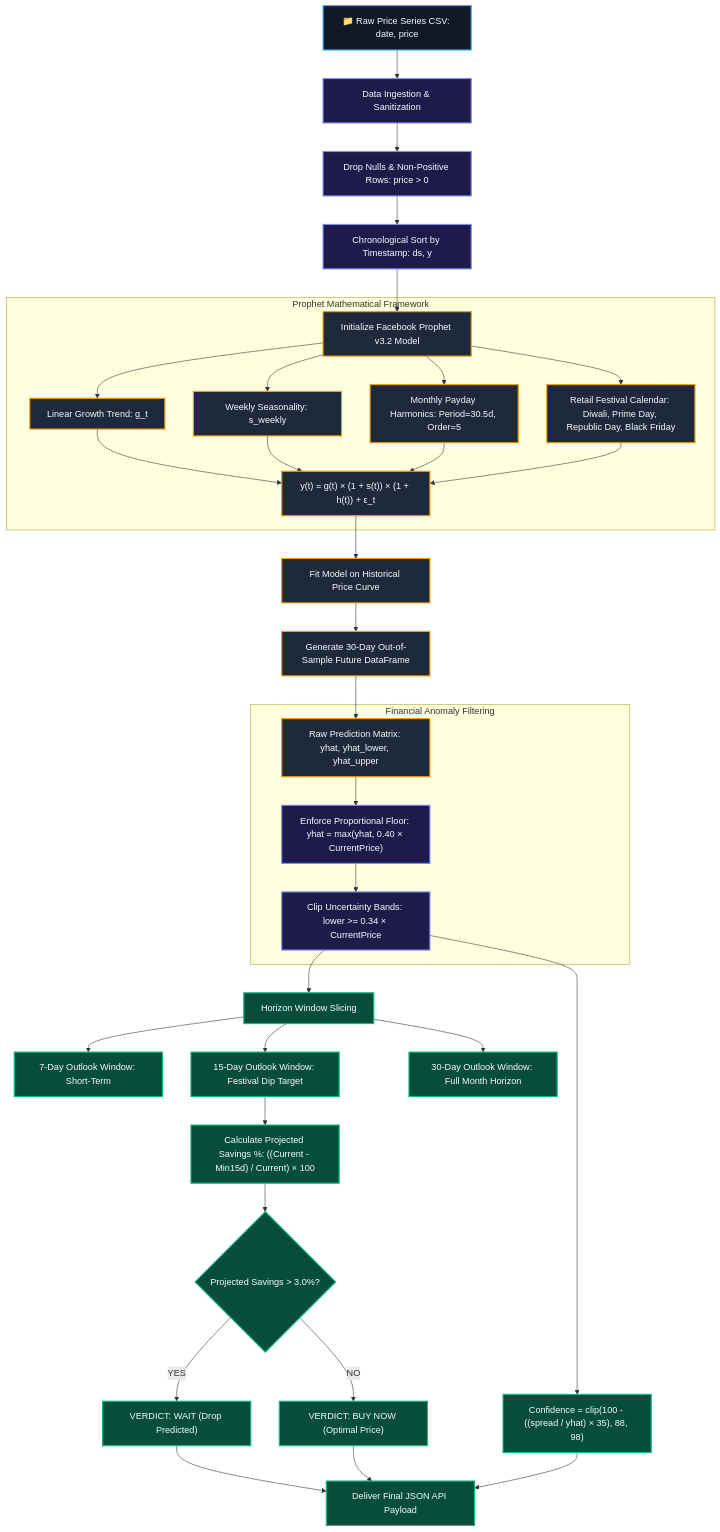
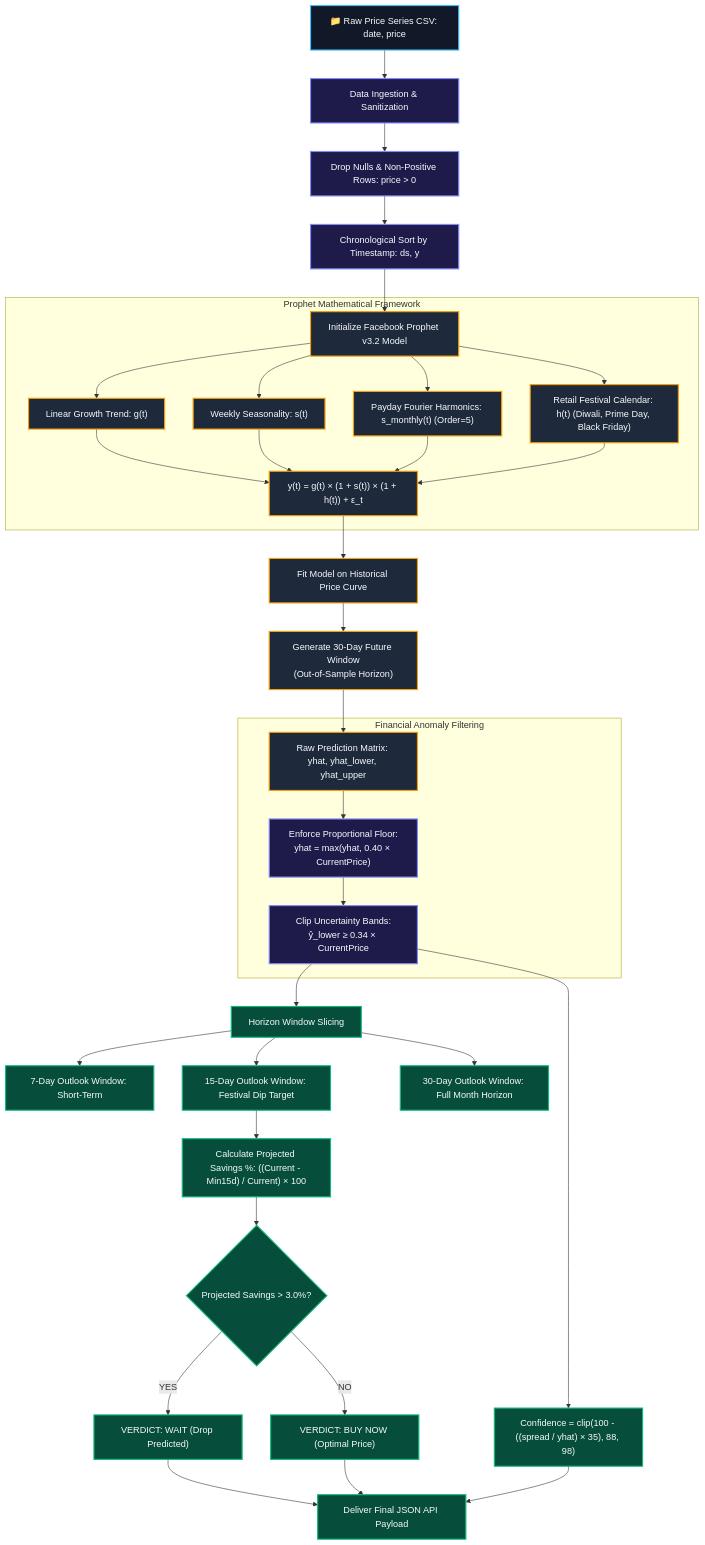
The third of 6 diagrams in README.md (satwik-chaurasiya/MINI-PROJECT), drawn with Mermaid before and after one commit. The commit also changed other lines of this file, not shown here.

````diff
--- a/README.md
+++ b/README.md
@@ -232,44 +233,44 @@
 ```mermaid
 flowchart TD
     classDef input fill:#111827,stroke:#38bdf8,stroke-width:2px,color:#f8fafc;
     classDef clean fill:#1e1b4b,stroke:#818cf8,stroke-width:2px,color:#f8fafc;
     classDef math fill:#1e293b,stroke:#f59e0b,stroke-width:2px,color:#f8fafc;
     classDef output fill:#064e3b,stroke:#10b981,stroke-width:2px,color:#f8fafc;
 
     RawCSV["📁 Raw Price Series CSV: date, price"]:::input --> Ingestion["Data Ingestion & Sanitization"]:::clean
     Ingestion --> DropNulls["Drop Nulls & Non-Positive Rows: price > 0"]:::clean
     DropNulls --> ChronoSort["Chronological Sort by Timestamp: ds, y"]:::clean
     
     ChronoSort --> ModelInit["Initialize Facebook Prophet v3.2 Model"]:::math
     
     subgraph MultiplicativeDecomposition ["Prophet Mathematical Framework"]
-        ModelInit --> Growth["Linear Growth Trend: g_t"]:::math
-        ModelInit --> WeeklySeason["Weekly Seasonality: s_weekly"]:::math
-        ModelInit --> MonthlyFourier["Monthly Payday Harmonics: Period=30.5d, Order=5"]:::math
-        ModelInit --> HolidayCalendar["Retail Festival Calendar: Diwali, Prime Day, Republic Day, Black Friday"]:::math
+        ModelInit --> Growth["Linear Growth Trend: g(t)"]:::math
+        ModelInit --> WeeklySeason["Weekly Seasonality: s(t)"]:::math
+        ModelInit --> MonthlyFourier["Payday Fourier Harmonics: s_monthly(t) (Order=5)"]:::math
+        ModelInit --> HolidayCalendar["Retail Festival Calendar: h(t) (Diwali, Prime Day, Black Friday)"]:::math
         
         Growth & WeeklySeason & MonthlyFourier & HolidayCalendar --> Equation["y(t) = g(t) × (1 + s(t)) × (1 + h(t)) + ε_t"]:::math
     end
 
     Equation --> Fitting["Fit Model on Historical Price Curve"]:::math
-    Fitting --> MakeFuture["Generate 30-Day Out-of-Sample Future DataFrame"]:::math
+    Fitting --> MakeFuture["Generate 30-Day Future Window<br/>(Out-of-Sample Horizon)"]:::math
     MakeFuture --> RawForecast["Raw Prediction Matrix: yhat, yhat_lower, yhat_upper"]:::math
     
     subgraph HygieneGuardrails ["Financial Anomaly Filtering"]
-        RawForecast --> FloorClip["Enforce Proportional Floor: yhat = max(yhat, 0.40 × CurrentPrice)"]:::clean
-        FloorClip --> IntervalClip["Clip Uncertainty Bands: lower >= 0.34 × CurrentPrice"]:::clean
+        RawForecast --> FloorClip["Enforce Proportional Floor:<br/>yhat = max(yhat, 0.40 × CurrentPrice)"]:::clean
+        FloorClip --> IntervalClip["Clip Uncertainty Bands:<br/>ŷ_lower ≥ 0.34 × CurrentPrice"]:::clean
     end
 
     IntervalClip --> HorizonExtraction["Horizon Window Slicing"]:::output
     HorizonExtraction --> Slice7["7-Day Outlook Window: Short-Term"]:::output
     HorizonExtraction --> Slice15["15-Day Outlook Window: Festival Dip Target"]:::output
     HorizonExtraction --> Slice30["30-Day Outlook Window: Full Month Horizon"]:::output
 
     Slice15 --> SavingsCalc["Calculate Projected Savings %: ((Current - Min15d) / Current) × 100"]:::output
     SavingsCalc --> DecisionRule{"Projected Savings > 3.0%?"}:::output
     DecisionRule -->|YES| VerdictWait["VERDICT: WAIT (Drop Predicted)"]:::output
     DecisionRule -->|NO| VerdictBuy["VERDICT: BUY NOW (Optimal Price)"]:::output
     
     IntervalClip --> ConfidenceCalc["Confidence = clip(100 - ((spread / yhat) × 35), 88, 98)"]:::output
     VerdictWait & VerdictBuy & ConfidenceCalc --> JSONPayload["Deliver Final JSON API Payload"]:::output
 ```
````
